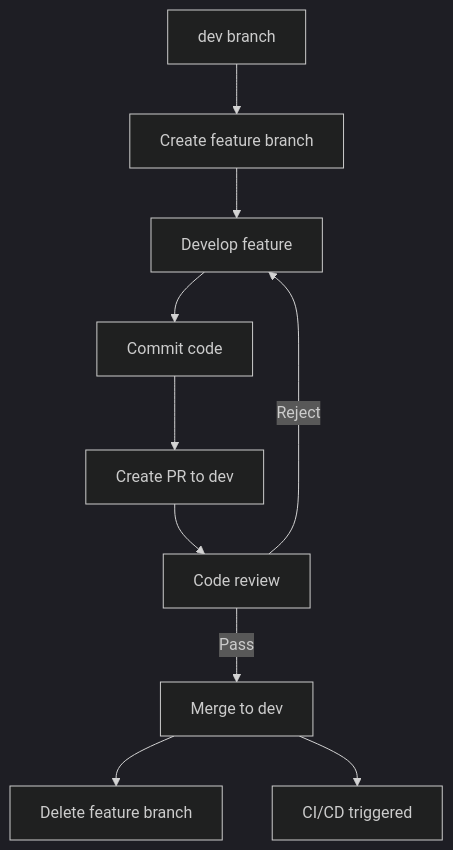
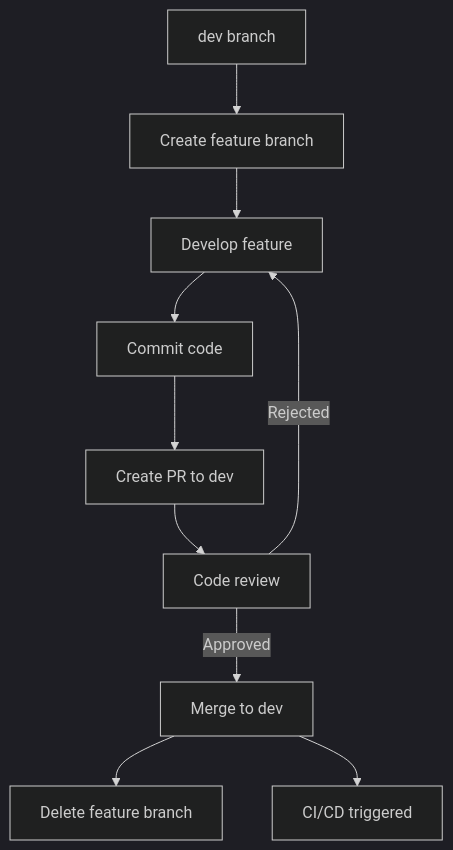
Before and after one commit to ChenXu233/YaoXiang: the first of 3 diagrams in docs/src/en/dev/branch-maintenance-guide.md, drawn with Mermaid (dark theme). The commit also changed other lines of this file and 163 other files, not shown here.

````diff
--- a/docs/src/en/dev/branch-maintenance-guide.md
+++ b/docs/src/en/dev/branch-maintenance-guide.md
@@ -153,12 +152,12 @@
 ```mermaid
 graph TD
     A[dev branch] --> B[Create feature branch]
     B --> C[Develop feature]
     C --> D[Commit code]
     D --> E[Create PR to dev]
     E --> F[Code review]
-    F -->|Pass| G[Merge to dev]
-    F -->|Reject| C
+    F -->|Approved| G[Merge to dev]
+    F -->|Rejected| C
     G --> H[Delete feature branch]
     G --> I[CI/CD triggered]
 ```
````
